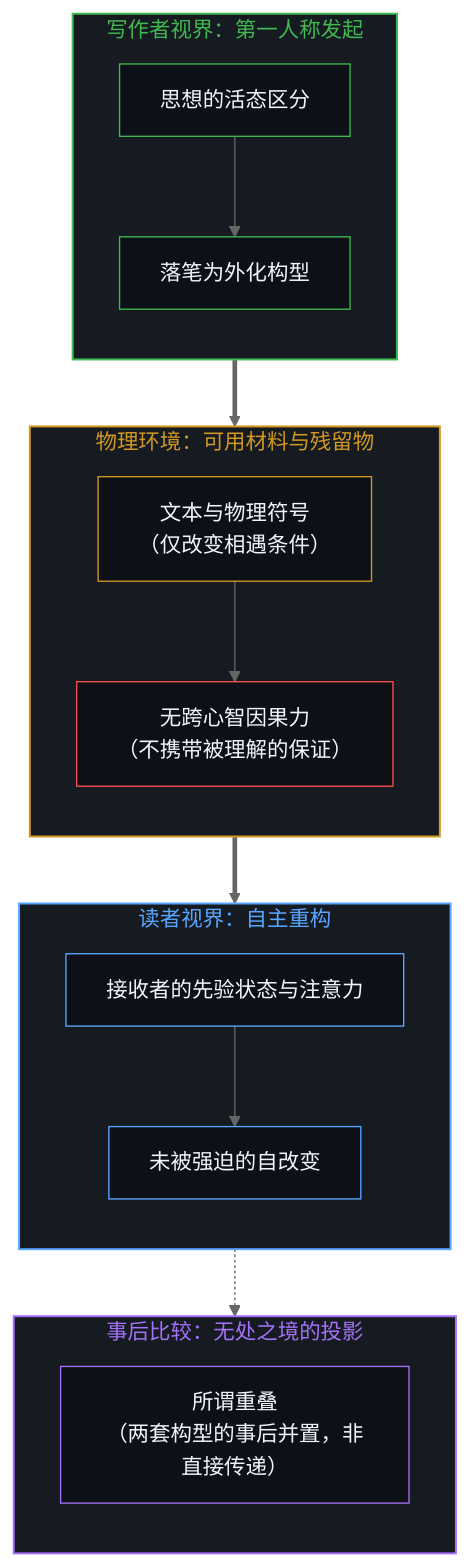
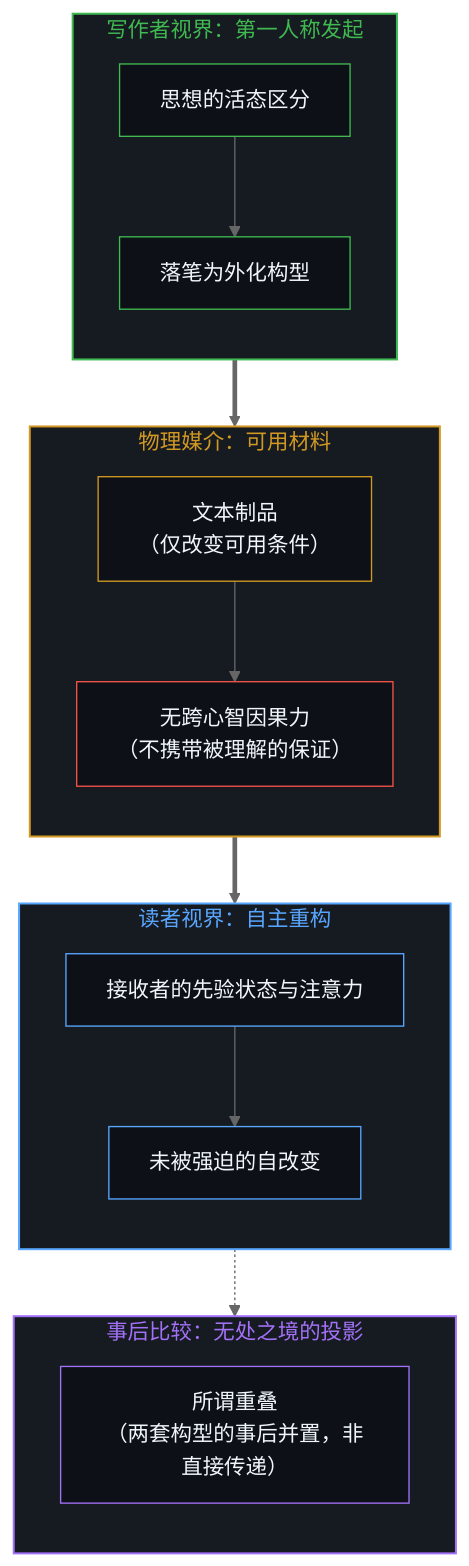
One commit to powerpig99/not-a-toe changed the first of 2 diagrams in content/posts/trusting-the-reader-is-the-last-overstep.md. Above: the diagram before and after it, drawn with Mermaid (neutral theme). The commit also changed other lines of this file and 3 other files, not shown here.

````diff
--- a/content/posts/trusting-the-reader-is-the-last-overstep.md
+++ b/content/posts/trusting-the-reader-is-the-last-overstep.md
@@ -17,39 +17,39 @@
 ```mermaid
 flowchart TD
   subgraph S_WRITER["写作者视界：第一人称发起"]
     direction TB
     W_MIND["思想的活态区分"]
     W_ACT["落笔为外化构型"]
     W_MIND --> W_ACT
   end
-  subgraph S_RESIDUE["物理环境：可用材料与残留物"]
+  subgraph S_RESIDUE["物理媒介：可用材料"]
     direction TB
-    R_TEXT["文本与物理符号<br/>（仅改变相遇条件）"]
+    R_TEXT["文本制品<br/>（仅改变可用条件）"]
     R_GAP["无跨心智因果力<br/>（不携带被理解的保证）"]
     R_TEXT --> R_GAP
   end
   subgraph S_READER["读者视界：自主重构"]
     direction TB
     RD_COND["接收者的先验状态与注意力"]
     RD_ACT["未被强迫的自改变"]
     RD_COND --> RD_ACT
   end
   subgraph S_EXTERNAL["事后比较：无处之境的投影"]
     direction TB
     EX_OVERLAP["所谓重叠<br/>（两套构型的事后并置，非直接传递）"]
   end
   W_ACT ==> R_TEXT
   R_GAP ==> RD_COND
   RD_ACT -.-> EX_OVERLAP
   style S_WRITER fill:#161b22,stroke:#3fb950,stroke-width:1.5px,color:#3fb950
   style S_RESIDUE fill:#161b22,stroke:#d29922,stroke-width:1.5px,color:#d29922
   style S_READER fill:#161b22,stroke:#58a6ff,stroke-width:1.5px,color:#58a6ff
   style S_EXTERNAL fill:#161b22,stroke:#a371f7,stroke-width:1.5px,color:#a371f7
   style W_MIND fill:#0d1117,stroke:#3fb950,stroke-width:1px,color:#f0f6fc
   style W_ACT fill:#0d1117,stroke:#3fb950,stroke-width:1px,color:#f0f6fc
   style R_TEXT fill:#0d1117,stroke:#d29922,stroke-width:1px,color:#f0f6fc
   style R_GAP fill:#0d1117,stroke:#f85149,stroke-width:1px,color:#f0f6fc
   style RD_COND fill:#0d1117,stroke:#58a6ff,stroke-width:1px,color:#f0f6fc
   style RD_ACT fill:#0d1117,stroke:#58a6ff,stroke-width:1px,color:#f0f6fc
   style EX_OVERLAP fill:#0d1117,stroke:#a371f7,stroke-width:1px,color:#f0f6fc
 ```
````
